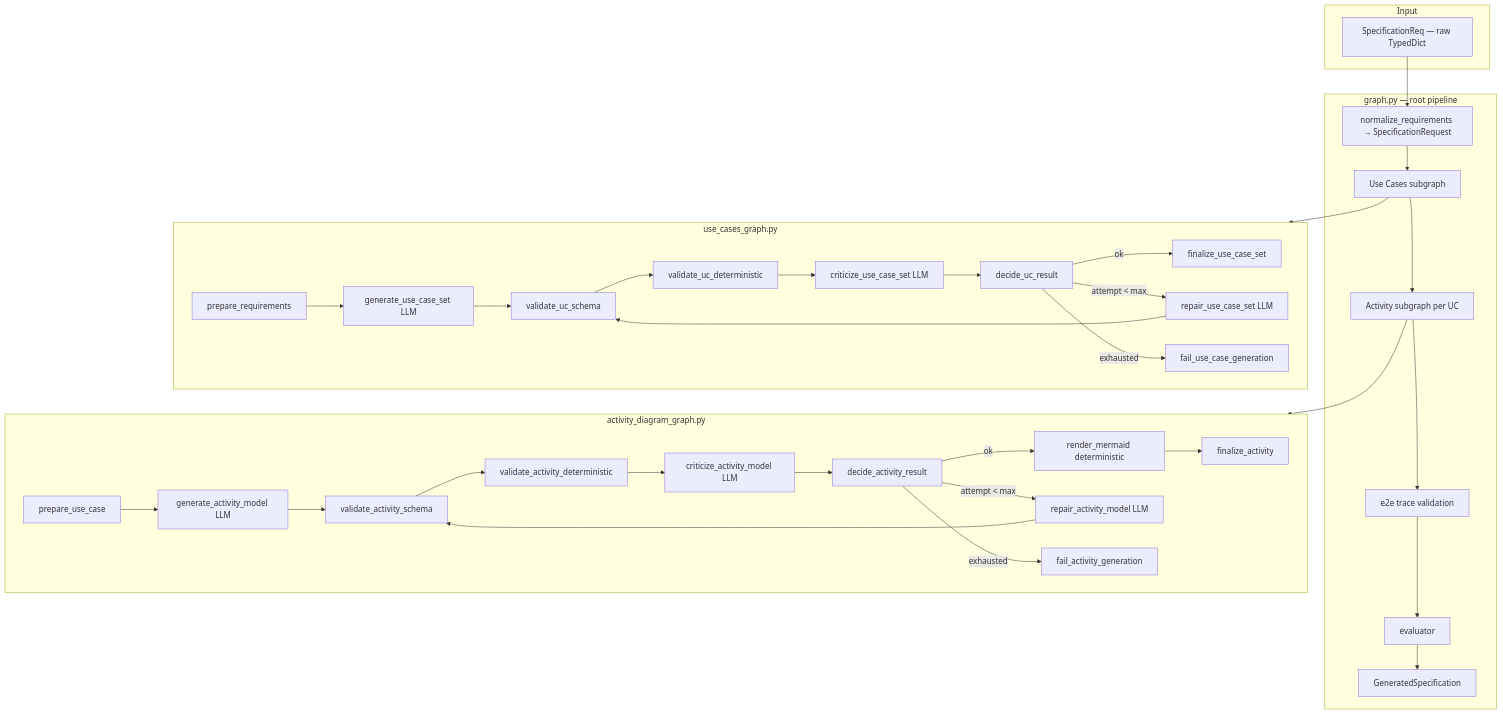
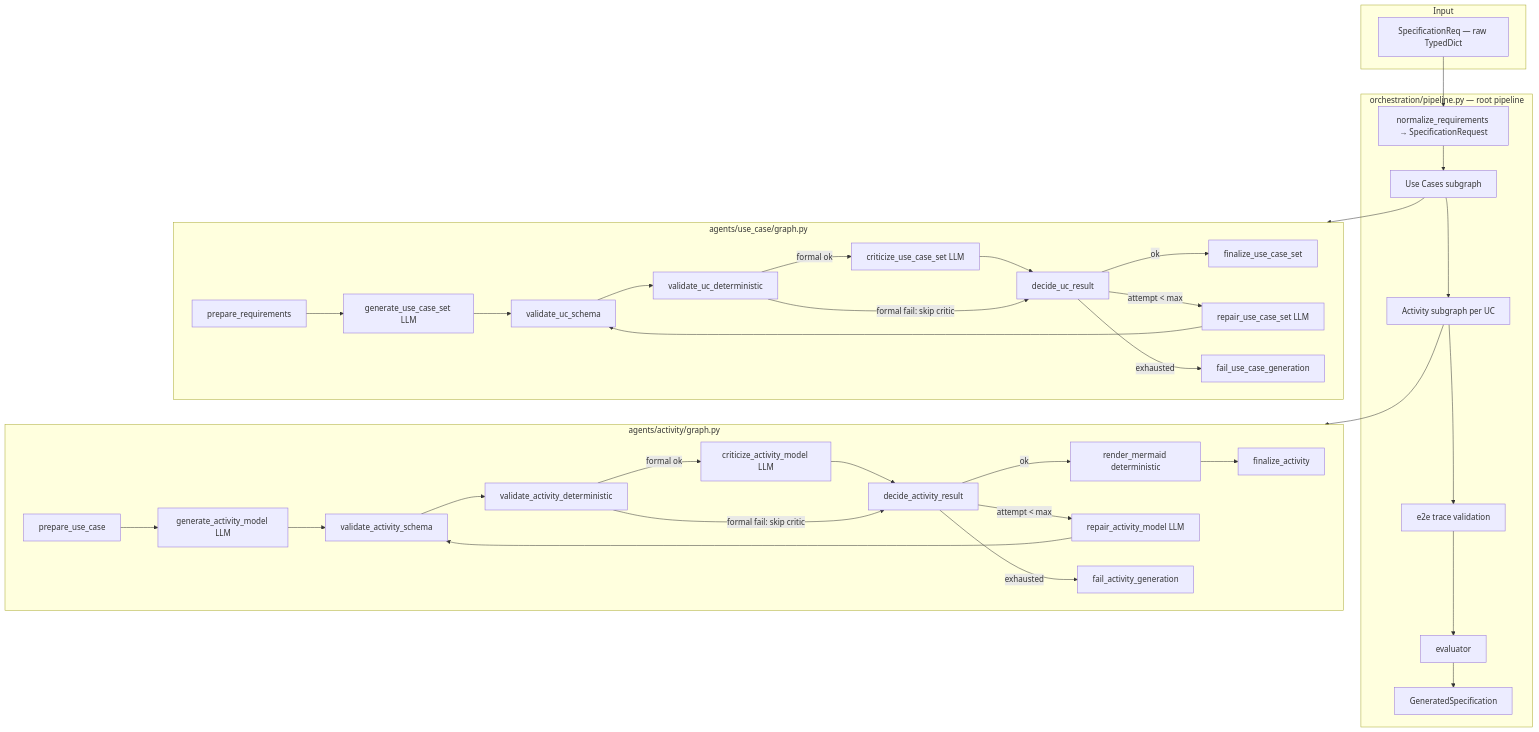
Before and after one commit to ArtemBotsman/agent_langgraph_diagrams: the diagram in docs/architecture/SYSTEM_DESIGN_V0_1.md, drawn with Mermaid. The commit also changed other lines of this file and 1092 other files, not shown here.

Commit message:
feat: complete traceable diagram pipeline and evaluation

````diff
--- a/docs/architecture/SYSTEM_DESIGN_V0_1.md
+++ b/docs/architecture/SYSTEM_DESIGN_V0_1.md
@@ -16,53 +18,57 @@
 ```mermaid
 flowchart TB
   subgraph Input
     SR[SpecificationReq — raw TypedDict]
   end
 
-  subgraph Pipeline["graph.py — root pipeline"]
+  subgraph Pipeline["orchestration/pipeline.py — root pipeline"]
     N[normalize_requirements → SpecificationRequest]
     UC[Use Cases subgraph]
     AD[Activity subgraph per UC]
     T[e2e trace validation]
     E[evaluator]
     OUT[GeneratedSpecification]
   end
 
-  subgraph UCGraph["use_cases_graph.py"]
+  subgraph UCGraph["agents/use_case/graph.py"]
     U1[prepare_requirements]
     U2[generate_use_case_set LLM]
     U3[validate_uc_schema]
     U4[validate_uc_deterministic]
     U5[criticize_use_case_set LLM]
     U6[decide_uc_result]
     U7[repair_use_case_set LLM]
     U8[finalize_use_case_set]
     U9[fail_use_case_generation]
-    U1 --> U2 --> U3 --> U4 --> U5 --> U6
+    U1 --> U2 --> U3 --> U4
+    U4 -->|formal ok| U5 --> U6
+    U4 -->|formal fail: skip critic| U6
     U6 -->|ok| U8
     U6 -->|attempt < max| U7 --> U3
     U6 -->|exhausted| U9
   end
 
-  subgraph ADGraph["activity_diagram_graph.py"]
+  subgraph ADGraph["agents/activity/graph.py"]
     A1[prepare_use_case]
     A2[generate_activity_model LLM]
     A3[validate_activity_schema]
     A4[validate_activity_deterministic]
     A5[criticize_activity_model LLM]
     A6[decide_activity_result]
     A7[repair_activity_model LLM]
     A8[render_mermaid deterministic]
     A9[finalize_activity]
     A10[fail_activity_generation]
-    A1 --> A2 --> A3 --> A4 --> A5 --> A6
+    A1 --> A2 --> A3 --> A4
+    A4 -->|formal ok| A5 --> A6
+    A4 -->|formal fail: skip critic| A6
     A6 -->|ok| A8 --> A9
     A6 -->|attempt < max| A7 --> A3
     A6 -->|exhausted| A10
   end
 
   SR --> N --> UC
   UC --> UCGraph
   UC --> AD --> ADGraph
   AD --> T --> E --> OUT
 ```
````
